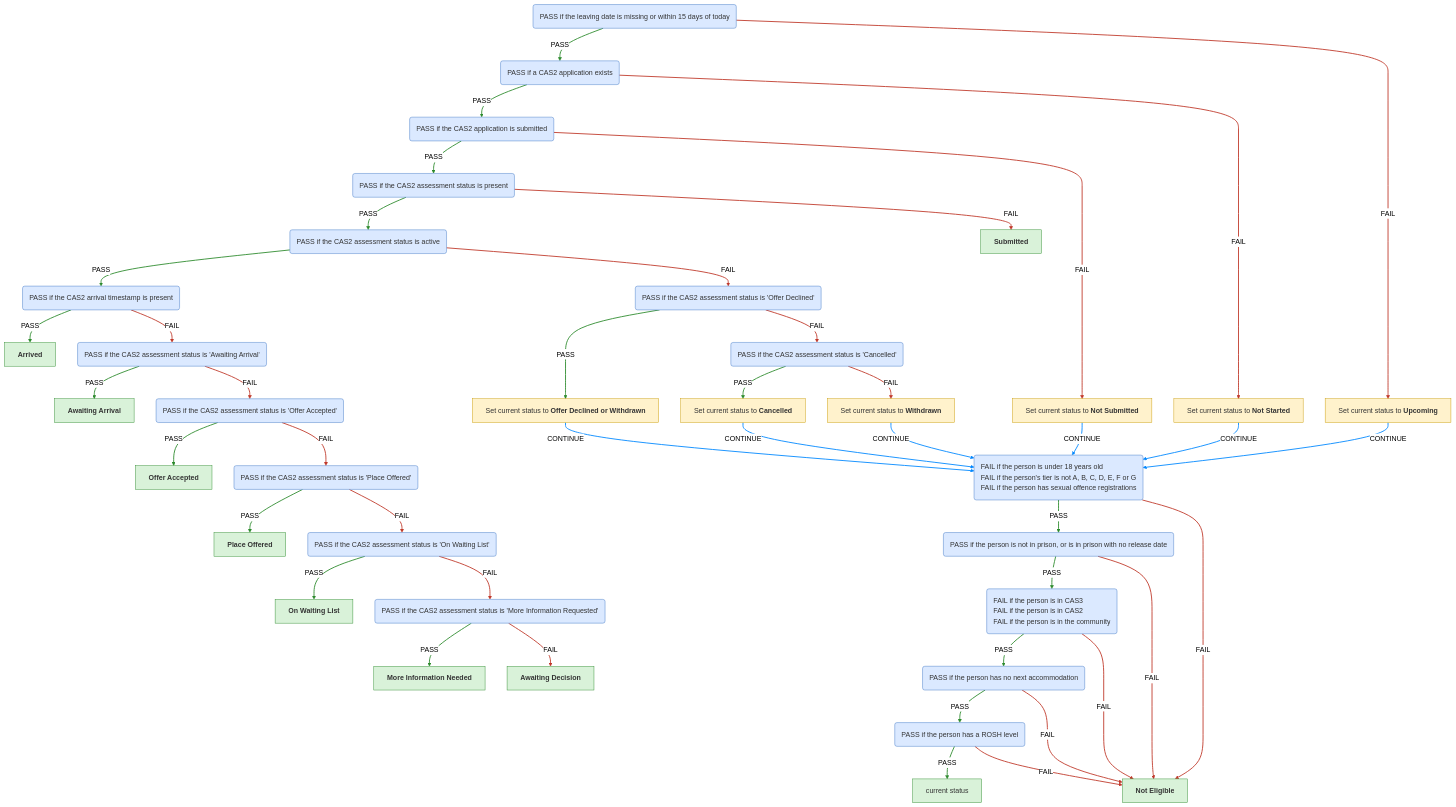
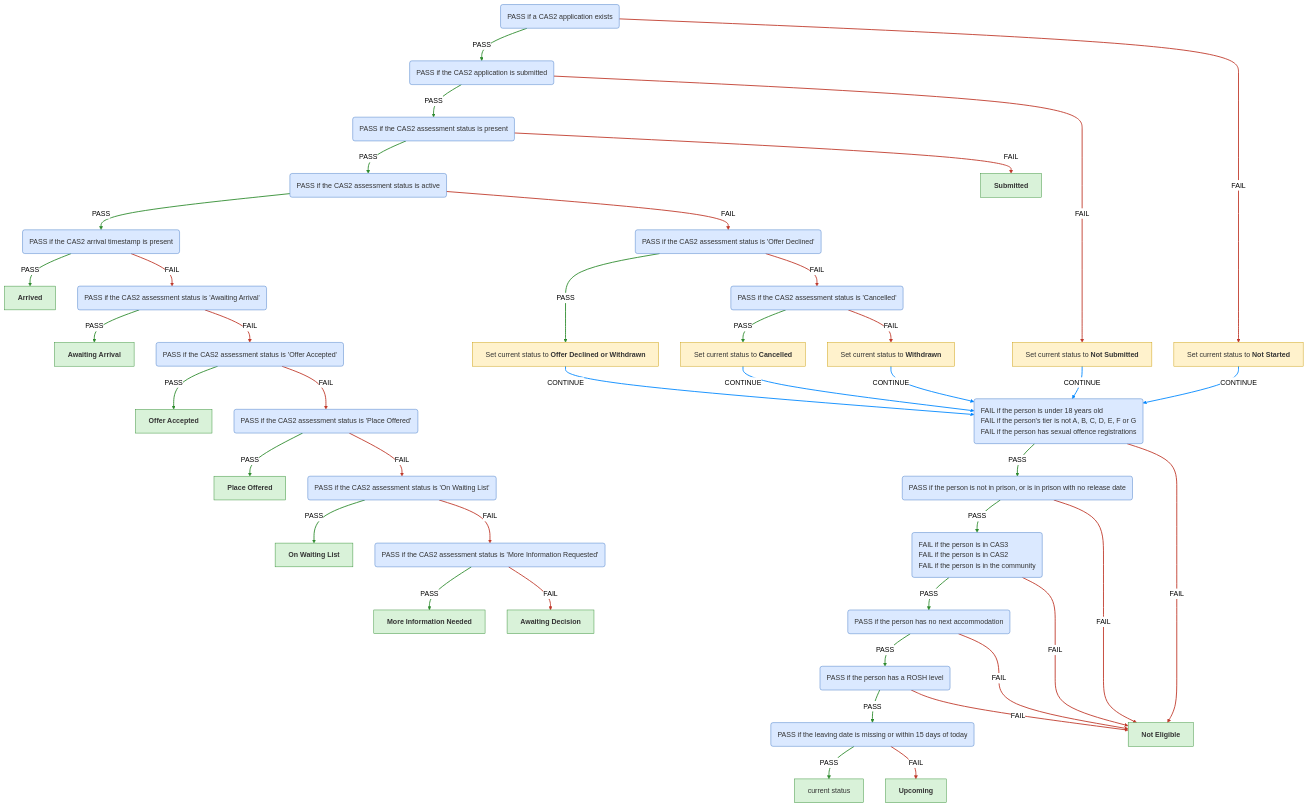
One commit to ministryofjustice/hmpps-single-accommodation-service-api changed the second of 7 diagrams in docs/eligibility-rules-graph.md. Above: the diagram before and after it, drawn with Mermaid (neutral theme). The commit also changed other lines of this file and 26 other files, not shown here.

````diff
--- a/docs/eligibility-rules-graph.md
+++ b/docs/eligibility-rules-graph.md
@@ -238,7 +237,6 @@
 ```mermaid
 %%{init: {"flowchart": {"wrappingWidth": 800}}}%%
 flowchart TD
-  PASS_if_the_leaving_date_is_missing_or_within_15_days_of_today("<div style='text-align:left'>PASS if the leaving date is missing or within 15 days of today</div>")
   PASS_if_a_CAS2_application_exists("<div style='text-align:left'>PASS if a CAS2 application exists</div>")
   PASS_if_the_CAS2_application_is_submitted("<div style='text-align:left'>PASS if the CAS2 application is submitted</div>")
   PASS_if_the_CAS2_assessment_status_is_present("<div style='text-align:left'>PASS if the CAS2 assessment status is present</div>")
@@ -266,7 +264,9 @@
 FAIL if the person is in the community</div>")
   PASS_if_the_person_has_no_next_accommodation("<div style='text-align:left'>PASS if the person has no next accommodation</div>")
   PASS_if_the_person_has_a_ROSH_level("<div style='text-align:left'>PASS if the person has a ROSH level</div>")
+  PASS_if_the_leaving_date_is_missing_or_within_15_days_of_today("<div style='text-align:left'>PASS if the leaving date is missing or within 15 days of today</div>")
   confirmed["current status"]
+  outcome_Cas2UpcomingContextUpdater["<b>Upcoming</b>"]
   CAS2_NOT_ELIGIBLE["<b>Not Eligible</b>"]
   updater_Cas2OfferDeclinedContextUpdater_PASS_if_the_person_is_eligible["Set current status to <b>Offer Declined or Withdrawn</b>"]
   PASS_if_the_CAS2_assessment_status_is__Cancelled_("<div style='text-align:left'>PASS if the CAS2 assessment status is 'Cancelled'</div>")
@@ -275,7 +275,6 @@
   CAS2_SUBMITTED["<b>Submitted</b>"]
   updater_Cas2NotSubmittedContextUpdater_PASS_if_the_person_is_eligible["Set current status to <b>Not Submitted</b>"]
   updater_Cas2NotStartedContextUpdater_PASS_if_the_person_is_eligible["Set current status to <b>Not Started</b>"]
-  updater_Cas2UpcomingContextUpdater_PASS_if_the_person_is_eligible["Set current status to <b>Upcoming</b>"]
   PASS_if_the_CAS2_arrival_timestamp_is_present -->|PASS| CAS2_ARRIVED
   PASS_if_the_CAS2_assessment_status_is__Awaiting_Arrival_ -->|PASS| CAS2_AWAITING_ARRIVAL
   PASS_if_the_CAS2_assessment_status_is__Offer_Accepted_ -->|PASS| CAS2_OFFER_ACCEPTED
@@ -289,7 +288,9 @@
   PASS_if_the_CAS2_assessment_status_is__Awaiting_Arrival_ -->|FAIL| PASS_if_the_CAS2_assessment_status_is__Offer_Accepted_
   PASS_if_the_CAS2_arrival_timestamp_is_present -->|FAIL| PASS_if_the_CAS2_assessment_status_is__Awaiting_Arrival_
   PASS_if_the_CAS2_assessment_status_is_active -->|PASS| PASS_if_the_CAS2_arrival_timestamp_is_present
-  PASS_if_the_person_has_a_ROSH_level -->|PASS| confirmed
+  PASS_if_the_leaving_date_is_missing_or_within_15_days_of_today -->|PASS| confirmed
+  PASS_if_the_leaving_date_is_missing_or_within_15_days_of_today -->|FAIL| outcome_Cas2UpcomingContextUpdater
+  PASS_if_the_person_has_a_ROSH_level -->|PASS| PASS_if_the_leaving_date_is_missing_or_within_15_days_of_today
   PASS_if_the_person_has_a_ROSH_level -->|FAIL| CAS2_NOT_ELIGIBLE
   PASS_if_the_person_has_no_next_accommodation -->|PASS| PASS_if_the_person_has_a_ROSH_level
   PASS_if_the_person_has_no_next_accommodation -->|FAIL| CAS2_NOT_ELIGIBLE
@@ -315,16 +316,13 @@
   PASS_if_a_CAS2_application_exists -->|PASS| PASS_if_the_CAS2_application_is_submitted
   PASS_if_a_CAS2_application_exists -->|FAIL| updater_Cas2NotStartedContextUpdater_PASS_if_the_person_is_eligible
   updater_Cas2NotStartedContextUpdater_PASS_if_the_person_is_eligible -->|CONTINUE| PASS_if_the_person_is_eligible
-  PASS_if_the_leaving_date_is_missing_or_within_15_days_of_today -->|PASS| PASS_if_a_CAS2_application_exists
-  PASS_if_the_leaving_date_is_missing_or_within_15_days_of_today -->|FAIL| updater_Cas2UpcomingContextUpdater_PASS_if_the_person_is_eligible
-  updater_Cas2UpcomingContextUpdater_PASS_if_the_person_is_eligible -->|CONTINUE| PASS_if_the_person_is_eligible
-  linkStyle 0,1,2,3,4,5,12,13,15,17,19,21,23,25,31,33,36,39 stroke:#2e8b2e,stroke-width:2px
-  linkStyle 6,7,8,9,10,11,14,16,18,20,22,27,29,30,32,34,37,40 stroke:#c0392b,stroke-width:2px
-  linkStyle 24,26,28,35,38,41 stroke:#0088ff,stroke-width:2px
+  linkStyle 0,1,2,3,4,5,12,13,15,17,19,21,23,25,27,33,35,38 stroke:#2e8b2e,stroke-width:2px
+  linkStyle 6,7,8,9,10,11,14,16,18,20,22,24,29,31,32,34,36,39 stroke:#c0392b,stroke-width:2px
+  linkStyle 26,28,30,37,40 stroke:#0088ff,stroke-width:2px
   classDef ruleSetNode fill:#dbe9ff,stroke:#3b73c4,color:#333
   classDef outcomeNode fill:#d9f2d9,stroke:#2e8b2e,color:#333
   classDef updaterNode fill:#fff2cc,stroke:#c99a00,color:#333
-  class PASS_if_the_leaving_date_is_missing_or_within_15_days_of_today,PASS_if_a_CAS2_application_exists,PASS_if_the_CAS2_application_is_submitted,PASS_if_the_CAS2_assessment_status_is_present,PASS_if_the_CAS2_assessment_status_is_active,PASS_if_the_CAS2_arrival_timestamp_is_present,PASS_if_the_CAS2_assessment_status_is__Awaiting_Arrival_,PASS_if_the_CAS2_assessment_status_is__Offer_Accepted_,PASS_if_the_CAS2_assessment_status_is__Place_Offered_,PASS_if_the_CAS2_assessment_status_is__On_Waiting_List_,PASS_if_the_CAS2_assessment_status_is__More_Information_Requested_,PASS_if_the_CAS2_assessment_status_is__Offer_Declined_,PASS_if_the_person_is_eligible,PASS_if_the_person_is_not_in_prison__or_is_in_prison_with_no_release_date,PASS_if_the_person_is_not_in_CAS2__CAS3_or_the_community,PASS_if_the_person_has_no_next_accommodation,PASS_if_the_person_has_a_ROSH_level,PASS_if_the_CAS2_assessment_status_is__Cancelled_ ruleSetNode
-  class CAS2_ARRIVED,CAS2_AWAITING_ARRIVAL,CAS2_OFFER_ACCEPTED,CAS2_PLACE_OFFERED,CAS2_ON_WAITING_LIST,CAS2_MORE_INFORMATION_NEEDED,CAS2_AWAITING_DECISION,confirmed,CAS2_NOT_ELIGIBLE,CAS2_SUBMITTED outcomeNode
-  class updater_Cas2OfferDeclinedContextUpdater_PASS_if_the_person_is_eligible,updater_Cas2CancelledContextUpdater_PASS_if_the_person_is_eligible,updater_Cas2WithdrawnContextUpdater_PASS_if_the_person_is_eligible,updater_Cas2NotSubmittedContextUpdater_PASS_if_the_person_is_eligible,updater_Cas2NotStartedContextUpdater_PASS_if_the_person_is_eligible,updater_Cas2UpcomingContextUpdater_PASS_if_the_person_is_eligible updaterNode
+  class PASS_if_a_CAS2_application_exists,PASS_if_the_CAS2_application_is_submitted,PASS_if_the_CAS2_assessment_status_is_present,PASS_if_the_CAS2_assessment_status_is_active,PASS_if_the_CAS2_arrival_timestamp_is_present,PASS_if_the_CAS2_assessment_status_is__Awaiting_Arrival_,PASS_if_the_CAS2_assessment_status_is__Offer_Accepted_,PASS_if_the_CAS2_assessment_status_is__Place_Offered_,PASS_if_the_CAS2_assessment_status_is__On_Waiting_List_,PASS_if_the_CAS2_assessment_status_is__More_Information_Requested_,PASS_if_the_CAS2_assessment_status_is__Offer_Declined_,PASS_if_the_person_is_eligible,PASS_if_the_person_is_not_in_prison__or_is_in_prison_with_no_release_date,PASS_if_the_person_is_not_in_CAS2__CAS3_or_the_community,PASS_if_the_person_has_no_next_accommodation,PASS_if_the_person_has_a_ROSH_level,PASS_if_the_leaving_date_is_missing_or_within_15_days_of_today,PASS_if_the_CAS2_assessment_status_is__Cancelled_ ruleSetNode
+  class CAS2_ARRIVED,CAS2_AWAITING_ARRIVAL,CAS2_OFFER_ACCEPTED,CAS2_PLACE_OFFERED,CAS2_ON_WAITING_LIST,CAS2_MORE_INFORMATION_NEEDED,CAS2_AWAITING_DECISION,confirmed,outcome_Cas2UpcomingContextUpdater,CAS2_NOT_ELIGIBLE,CAS2_SUBMITTED outcomeNode
+  class updater_Cas2OfferDeclinedContextUpdater_PASS_if_the_person_is_eligible,updater_Cas2CancelledContextUpdater_PASS_if_the_person_is_eligible,updater_Cas2WithdrawnContextUpdater_PASS_if_the_person_is_eligible,updater_Cas2NotSubmittedContextUpdater_PASS_if_the_person_is_eligible,updater_Cas2NotStartedContextUpdater_PASS_if_the_person_is_eligible updaterNode
 ```
````
